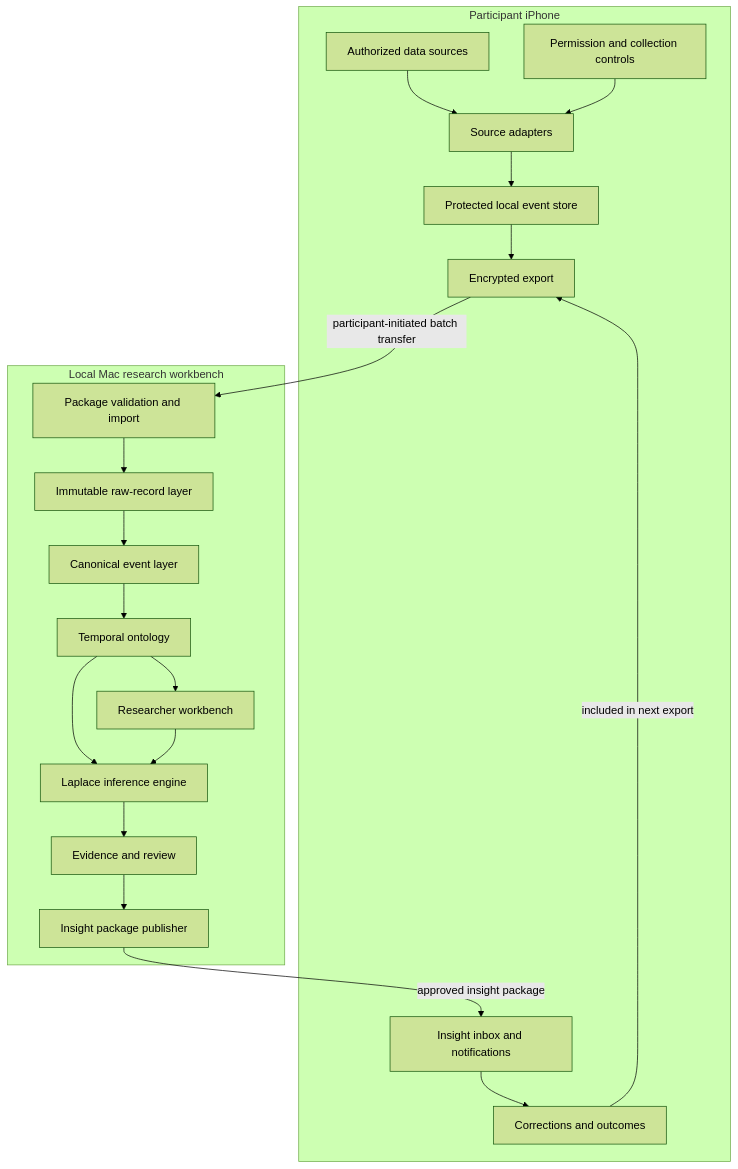
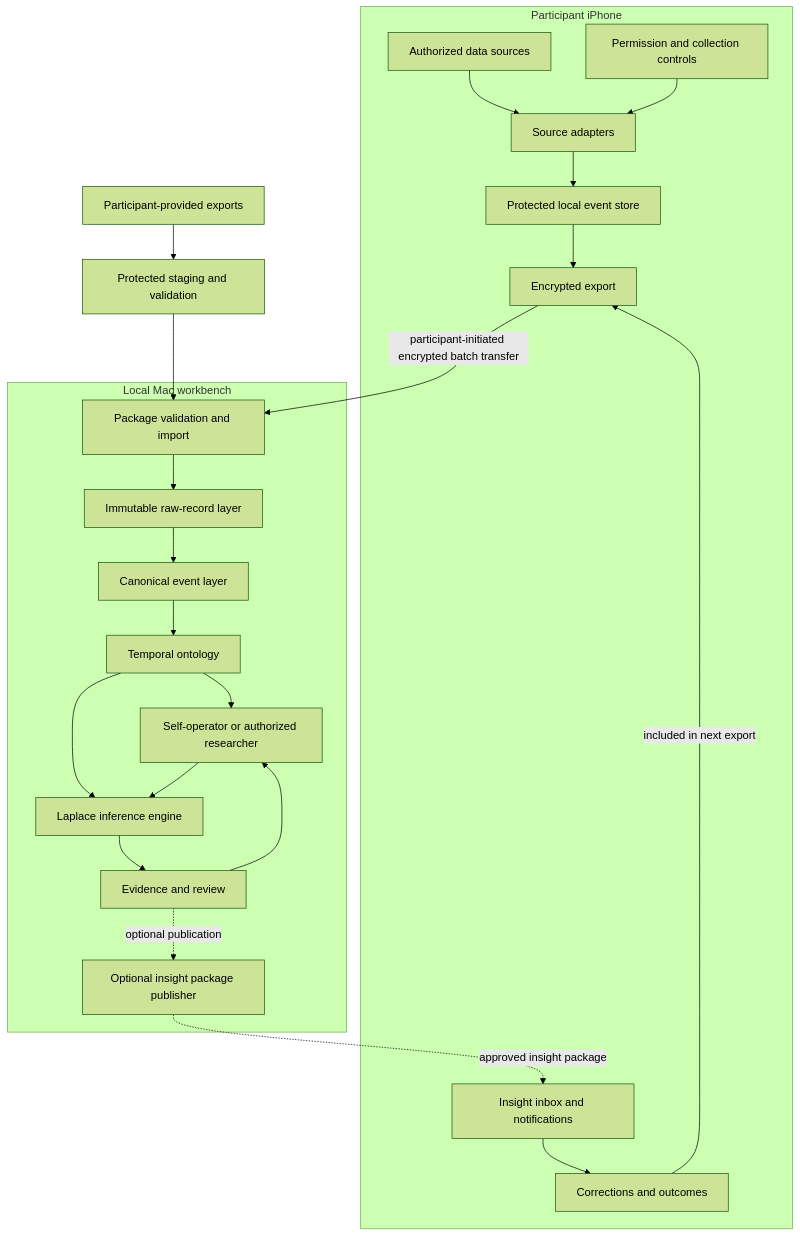
The diagram in docs/architecture.md (Mbaka11/Panoptes-Laplace), drawn with Mermaid (forest theme) before and after one commit. The commit also changed other lines of this file and 23 other files, not shown here.

````diff
--- a/docs/architecture.md
+++ b/docs/architecture.md
@@ -16,37 +17,40 @@
 ```mermaid
 flowchart TD
     subgraph Phone[Participant iPhone]
         Sources[Authorized data sources]
         Adapters[Source adapters]
         PhoneStore[Protected local event store]
         Consent[Permission and collection controls]
         Exporter[Encrypted export]
         InsightInbox[Insight inbox and notifications]
         Feedback[Corrections and outcomes]
 
         Sources --> Adapters --> PhoneStore --> Exporter
         Consent --> Adapters
         InsightInbox --> Feedback
     end
 
-    subgraph Mac[Local Mac research workbench]
+    subgraph Mac[Local Mac workbench]
         Importer[Package validation and import]
         Raw[Immutable raw-record layer]
         Canonical[Canonical event layer]
         Ontology[Temporal ontology]
-        Workbench[Researcher workbench]
+        Workbench[Self-operator or authorized researcher]
         Laplace[Laplace inference engine]
         Evidence[Evidence and review]
-        Publisher[Insight package publisher]
+        Publisher[Optional insight package publisher]
 
         Importer --> Raw --> Canonical --> Ontology
         Ontology --> Workbench
         Ontology --> Laplace
         Workbench --> Laplace
-        Laplace --> Evidence --> Publisher
+        Laplace --> Evidence --> Workbench
+        Evidence -. optional publication .-> Publisher
     end
 
-    Exporter -->|participant-initiated batch transfer| Importer
-    Publisher -->|approved insight package| InsightInbox
+    Imports[Participant-provided exports] --> Staging[Protected staging and validation]
+    Staging --> Importer
+    Exporter -->|participant-initiated encrypted batch transfer| Importer
+    Publisher -. approved insight package .-> InsightInbox
     Feedback -->|included in next export| Exporter
 ```
````
